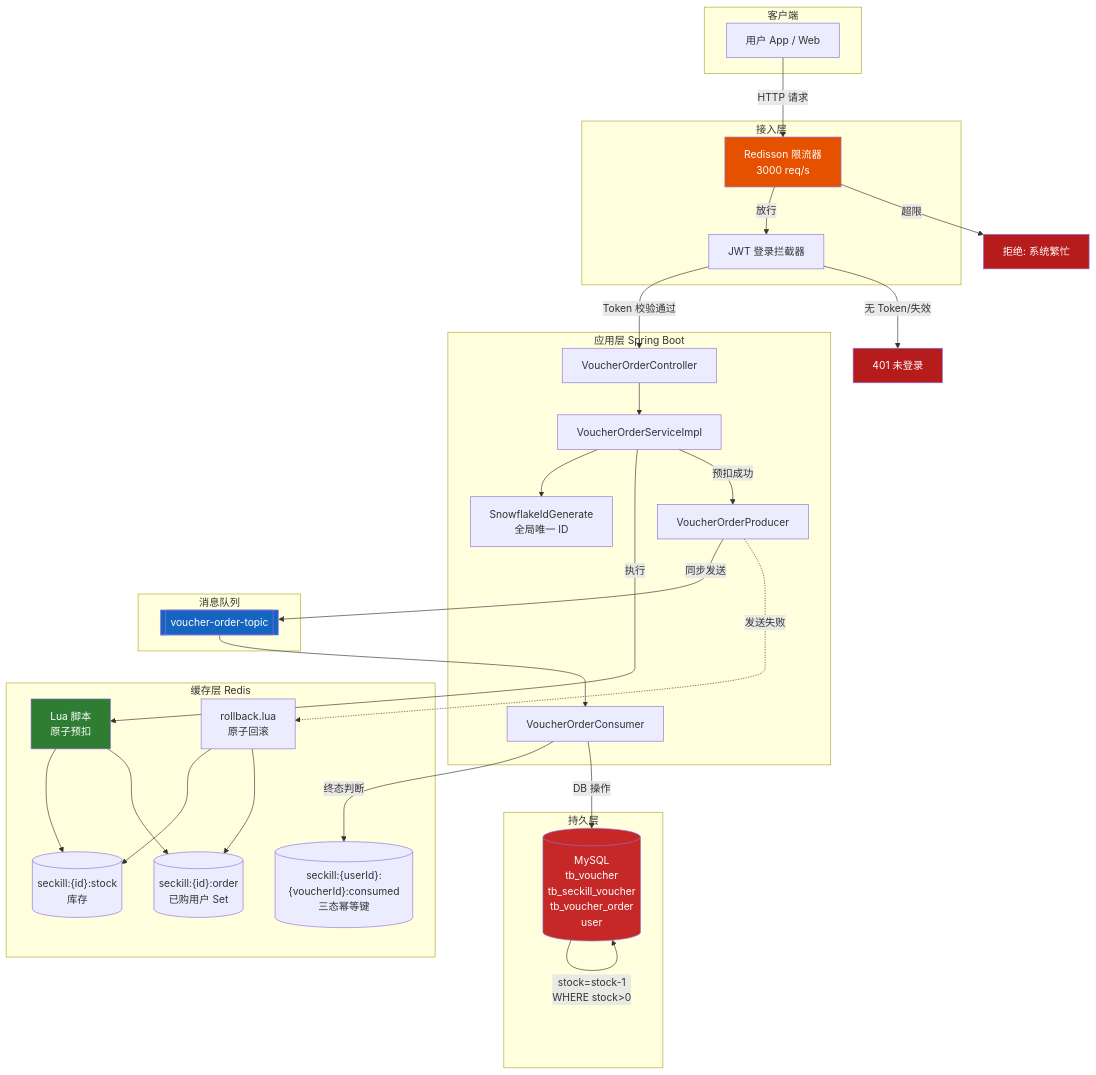
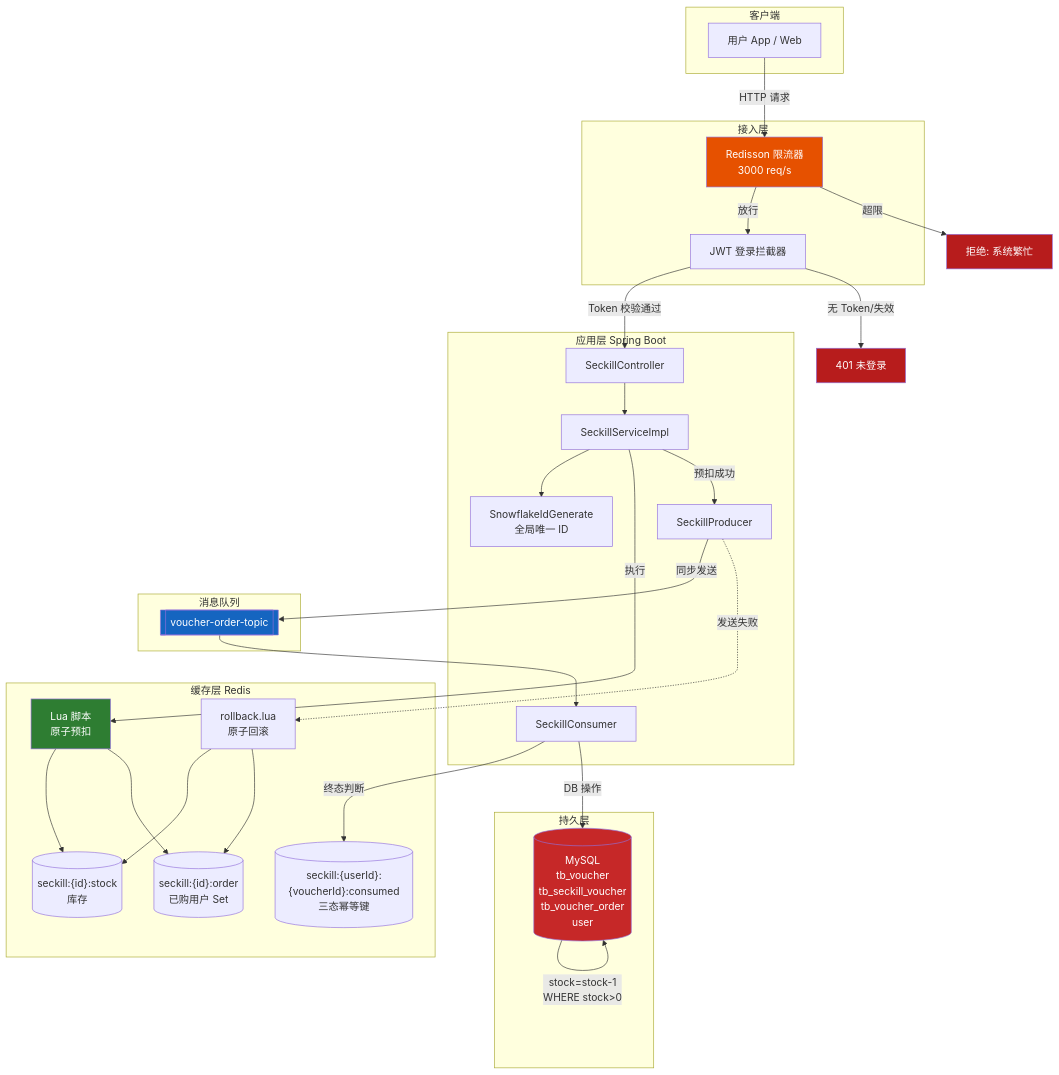
The first of 3 diagrams in README.md (Shardkiht/FlashDeal), drawn with Mermaid before and after one commit. The commit also changed other lines of this file and 21 other files, not shown here.

````diff
--- a/README.md
+++ b/README.md
@@ -70,64 +70,64 @@
 ```mermaid
 flowchart TB
     subgraph Client["客户端"]
         U["用户 App / Web"]
     end
 
     subgraph Gateway["接入层"]
         RL["Redisson 限流器<br/>3000 req/s"]
         LI["JWT 登录拦截器"]
     end
 
     subgraph App["应用层 Spring Boot"]
-        CTRL["VoucherOrderController"]
-        SVC["VoucherOrderServiceImpl"]
+        CTRL["SeckillController"]
+        SVC["SeckillServiceImpl"]
         IDG["SnowflakeIdGenerate<br/>全局唯一 ID"]
-        PROD["VoucherOrderProducer"]
-        CONS["VoucherOrderConsumer"]
+        PROD["SeckillProducer"]
+        CONS["SeckillConsumer"]
     end
 
     subgraph Cache["缓存层 Redis"]
         STOCK[("seckill:{id}:stock<br/>库存")]
         ORDER[("seckill:{id}:order<br/>已购用户 Set")]
         IDEM[("seckill:{userId}:{voucherId}:consumed<br/>三态幂等键")]
 
         LUA["Lua 脚本<br/>原子预扣"]
         RBLUA["rollback.lua<br/>原子回滚"]
     end
 
     subgraph MQ["消息队列"]
         TOPIC[["voucher-order-topic"]]
     end
 
     subgraph DB["持久层"]
         MYSQL[("MySQL<br/>tb_voucher<br/>tb_seckill_voucher<br/>tb_voucher_order<br/>user")]
     end
 
     U -->|HTTP 请求| RL
     RL -->|放行| LI
     RL -->|超限| REJ["拒绝: 系统繁忙"]
     LI -->|Token 校验通过| CTRL
     LI -->|无 Token/失效| UNAUTH["401 未登录"]
     CTRL --> SVC
     SVC --> IDG
 
     SVC -->|执行| LUA
     LUA --> STOCK
     LUA --> ORDER
     SVC -->|预扣成功| PROD
     PROD -->|同步发送| TOPIC
     PROD -.->|发送失败| RBLUA
     RBLUA --> STOCK
     RBLUA --> ORDER
     TOPIC --> CONS
     CONS -->|终态判断| IDEM
     CONS -->|DB 操作| MYSQL
     MYSQL -->|stock=stock-1<br/>WHERE stock>0| MYSQL
 
     style RL fill:#e65100,color:#fff
     style LUA fill:#2e7d32,color:#fff
     style TOPIC fill:#1565c0,color:#fff
     style MYSQL fill:#c62828,color:#fff
     style REJ fill:#b71c1c,color:#fff
     style UNAUTH fill:#b71c1c,color:#fff
 ```
````
